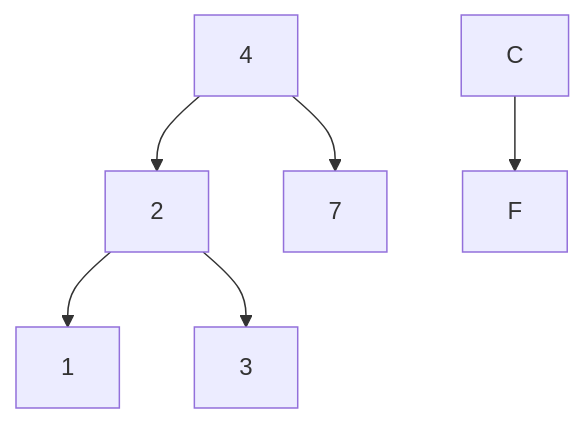
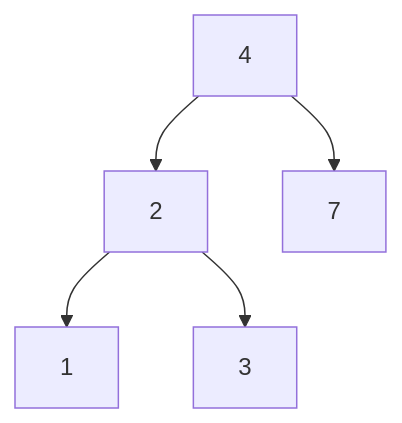
The diagram in 25_06_2025/701.md (Enochteo/daily-leetcode), drawn with Mermaid before and after one commit. The commit also changed other lines of this file, not shown here.

````diff
--- a/25_06_2025/701.md
+++ b/25_06_2025/701.md
@@ -12,8 +8,7 @@
  ```mermaid
 graph TD;
     4-->2;
     4-->7;
     2-->1;
     2-->3;
-    C-->F;
-```
+```      
````
